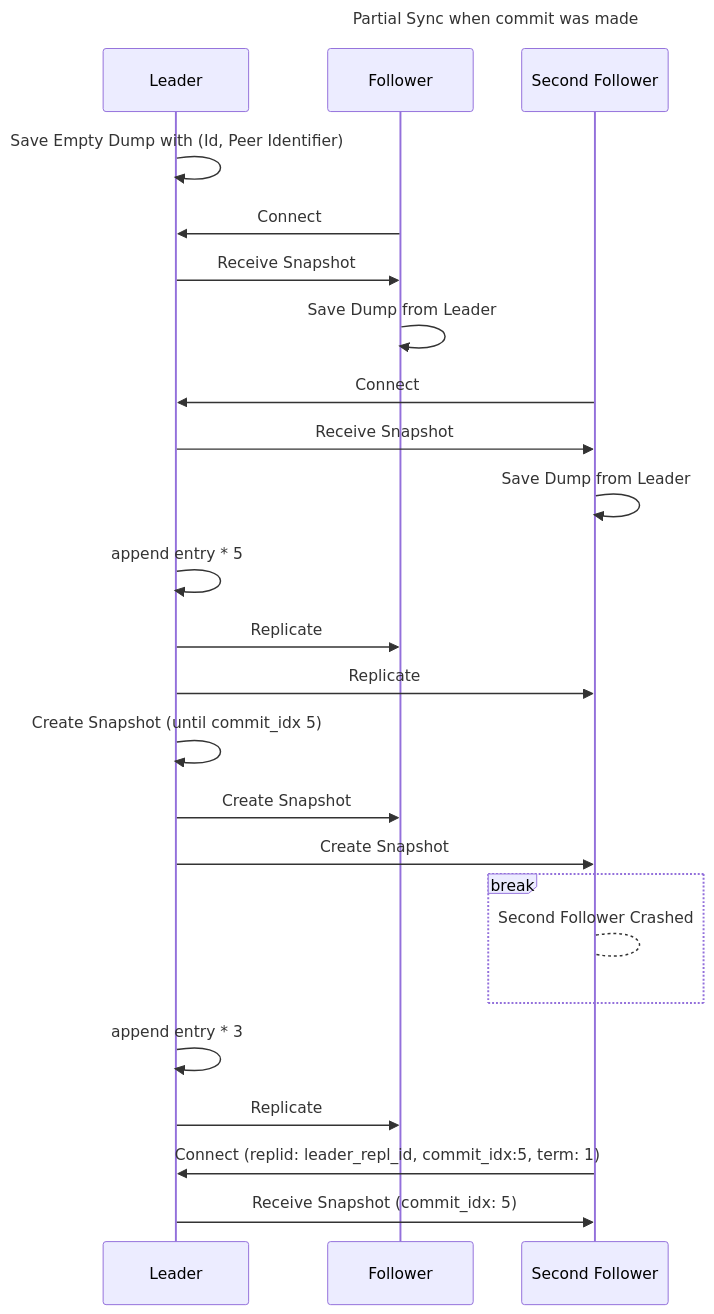
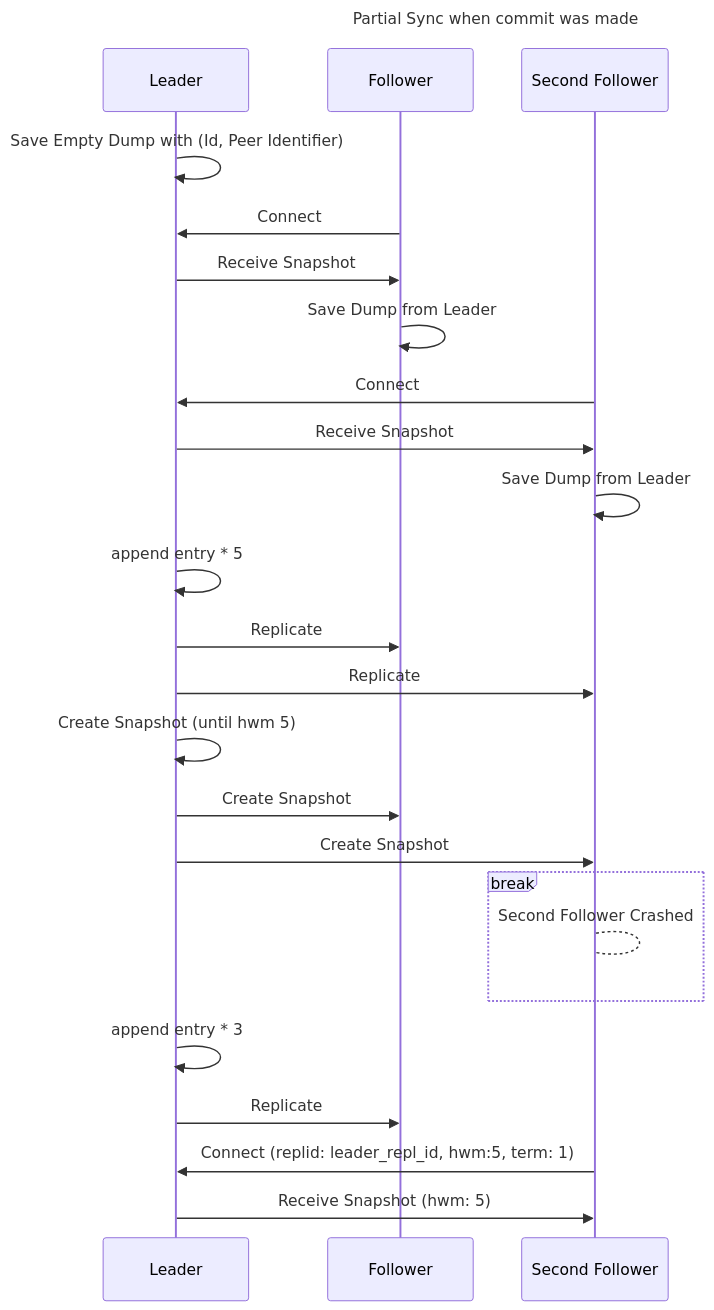
One commit to Migorithm/duva changed the diagram in diagrams/partial_sync.mmd. Above: the diagram before and after it, drawn with Mermaid. The commit also changed 13 other files, not shown here.

Commit message:
rename: commit idx to high water mark

```diff
--- a/diagrams/partial_sync.mmd
+++ b/diagrams/partial_sync.mmd
@@ -1,31 +1,31 @@
 ---
 title: Partial Sync when commit was made
 ---
 sequenceDiagram
     participant L as Leader
     participant F as Follower
     participant SF as Second Follower
     L ->> L: Save Empty Dump with (Id, Peer Identifier)
     F ->> L: Connect
     L ->> F: Receive Snapshot
     F ->> F: Save Dump from Leader
     SF ->> L: Connect
     L ->> SF: Receive Snapshot
     SF ->> SF: Save Dump from Leader
     L ->> L: append entry * 5
     L ->> F: Replicate
     L ->> SF: Replicate
     
-    L ->> L: Create Snapshot (until commit_idx 5)
+    L ->> L: Create Snapshot (until hwm 5)
     L ->> F: Create Snapshot 
     L ->> SF : Create Snapshot
 
     break
         SF --> SF: Second Follower Crashed
     end
 
     L ->> L: append entry * 3
     L ->> F: Replicate
 
-    SF ->> L: Connect (replid: leader_repl_id, commit_idx:5, term: 1)
-    L ->> SF: Receive Snapshot (commit_idx: 5)
+    SF ->> L: Connect (replid: leader_repl_id, hwm:5, term: 1)
+    L ->> SF: Receive Snapshot (hwm: 5)
```
